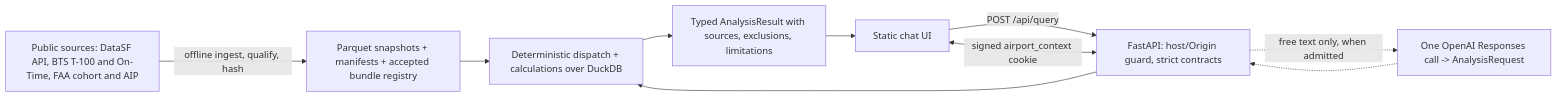
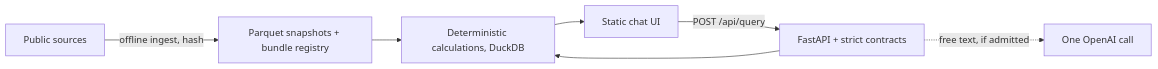
One commit to Bar-Bettash/deloitte-home-assignment changed the diagram in docs/DESIGN.md. Above: the diagram before and after it, drawn with Mermaid. The commit also changed other lines of this file, not shown here.

````diff
--- a/docs/DESIGN.md
+++ b/docs/DESIGN.md
@@ -135,12 +39,9 @@
 ```mermaid
 flowchart LR
-    Src[Public sources: DataSF API, BTS T-100 and On-Time, FAA cohort and AIP] -->|offline ingest, qualify, hash| Snap[Parquet snapshots + manifests + accepted bundle registry]
-    UI[Static chat UI] -->|POST /api/query| API[FastAPI: host/Origin guard, strict contracts]
-    API -.->|free text only, when admitted| LLM[One OpenAI Responses call -> AnalysisRequest]
-    LLM -.-> API
-    API --> Eng[Deterministic dispatch + calculations over DuckDB]
+    Src[Public sources] -->|offline ingest, hash| Snap[Parquet snapshots + bundle registry]
+    UI[Static chat UI] -->|POST /api/query| API[FastAPI + strict contracts]
+    API -.->|free text, if admitted| LLM[One OpenAI call]
+    API --> Eng[Deterministic calculations, DuckDB]
     Snap --> Eng
-    Eng --> Res[Typed AnalysisResult with sources, exclusions, limitations]
-    Res --> UI
-    API <-->|signed airport_context cookie| UI
+    Eng --> UI
 ```
````
